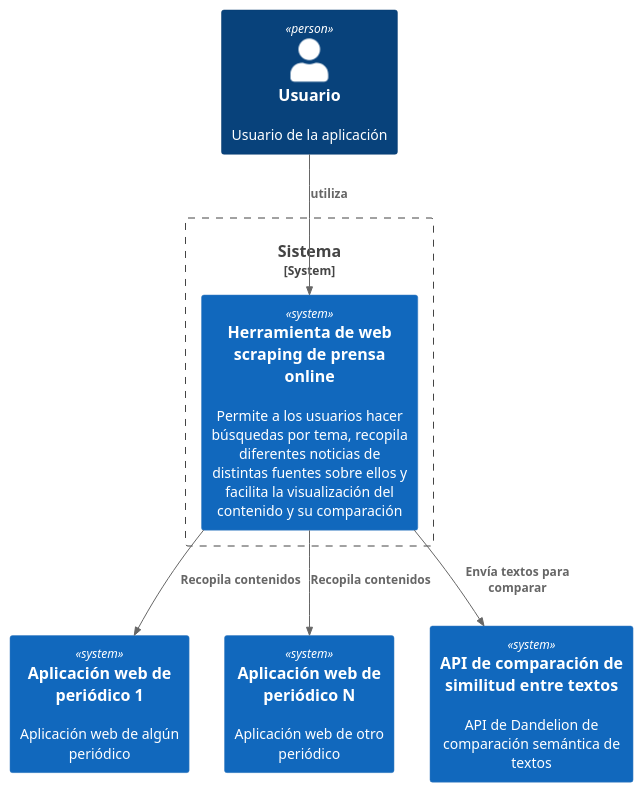
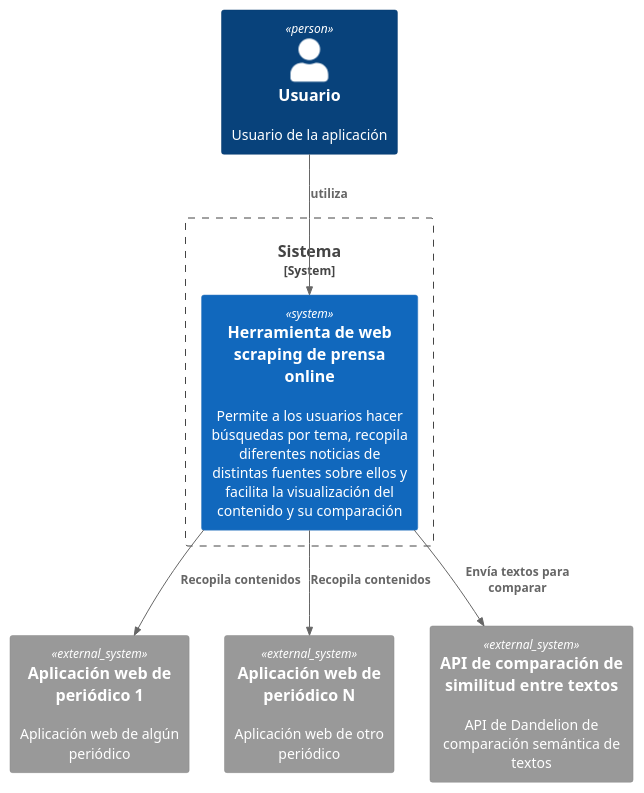
One commit to afsanchez1/contrast_app changed the diagram in docs/diagrams/src/system_context.puml. Above: the diagram before and after it, drawn with PlantUML. The commit also changed 6 other files, not shown here.

Commit message:
diagrams updated

```diff
--- a/docs/diagrams/src/system_context.puml
+++ b/docs/diagrams/src/system_context.puml
@@ -1,17 +1,17 @@
 @startuml system_context
 !include <C4/C4_Container>
 
 Person(User, "Usuario", "Usuario de la aplicación")
 System_Boundary(SysBound, "Sistema") {
   System(MyTool, "Herramienta de web scraping de prensa online","Permite a los usuarios hacer búsquedas por tema, recopila diferentes noticias de distintas fuentes sobre ellos y facilita la visualización del contenido y su comparación")
 }
-System(NewsWebApp1, "Aplicación web de periódico 1", "Aplicación web de algún periódico")
-System(NewsWebApp2, "Aplicación web de periódico N", "Aplicación web de otro periódico")
-System(DandelionAPI, "API de comparación de similitud entre textos", "API de Dandelion de comparación semántica de textos")
+System_Ext(NewsWebApp1, "Aplicación web de periódico 1", "Aplicación web de algún periódico")
+System_Ext(NewsWebApp2, "Aplicación web de periódico N", "Aplicación web de otro periódico")
+System_Ext(DandelionAPI, "API de comparación de similitud entre textos", "API de Dandelion de comparación semántica de textos")
 
 Rel(User, MyTool, "utiliza")
 Rel(MyTool, NewsWebApp1, "Recopila contenidos")
 Rel(MyTool, NewsWebApp2, "Recopila contenidos")
 Rel(MyTool, DandelionAPI, "Envía textos para comparar")
 
 @enduml
```
